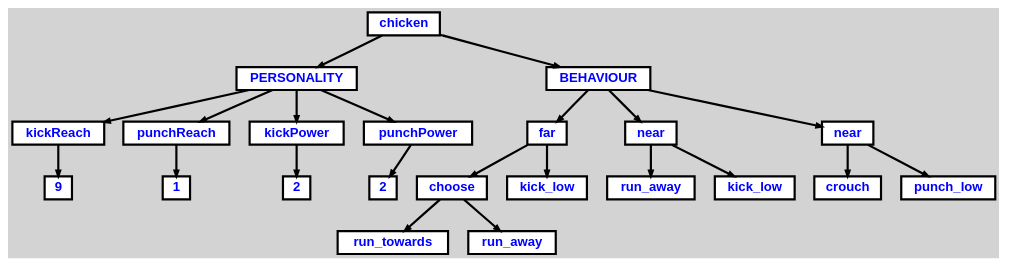
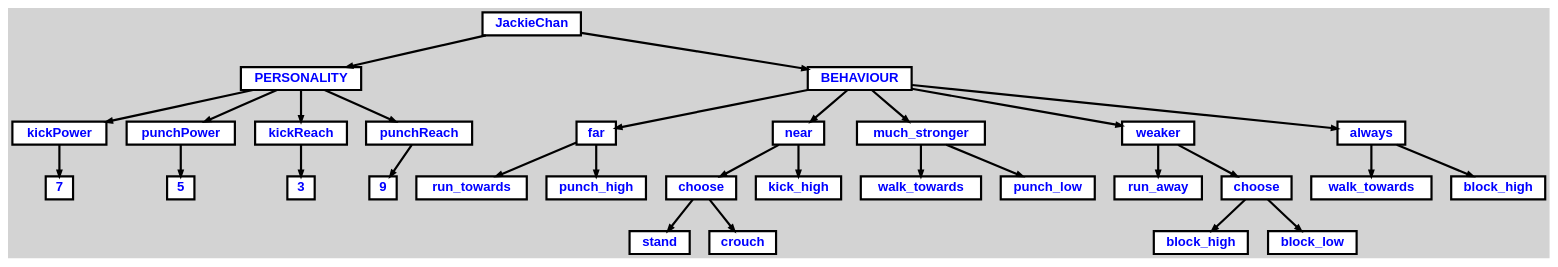
Before and after one commit to tvdstorm/sea-of-saf: the diagram in mrjorrit/output/AST.dot, drawn with Graphviz. The commit also changed 6 other files, not shown here.

```diff
--- a/mrjorrit/output/AST.dot
+++ b/mrjorrit/output/AST.dot
@@ -1,64 +1,83 @@
 digraph {
 
 	ordering=out;
 	ranksep=.4;
 	bgcolor="lightgrey"; node [shape=box, fixedsize=false, fontsize=12, fontname="Helvetica-bold", fontcolor="blue"
 		width=.25, height=.25, color="black", fillcolor="white", style="filled, solid, bold"];
 	edge [arrowsize=.5, color="black", style="bold"]
 
-  n0 [label="chicken"];
+  n0 [label="JackieChan"];
   n1 [label="PERSONALITY"];
   n1 [label="PERSONALITY"];
-  n2 [label="kickReach"];
-  n2 [label="kickReach"];
-  n3 [label="9"];
-  n4 [label="punchReach"];
-  n4 [label="punchReach"];
-  n5 [label="1"];
-  n6 [label="kickPower"];
-  n6 [label="kickPower"];
-  n7 [label="2"];
-  n8 [label="punchPower"];
-  n8 [label="punchPower"];
-  n9 [label="2"];
+  n2 [label="kickPower"];
+  n2 [label="kickPower"];
+  n3 [label="7"];
+  n4 [label="punchPower"];
+  n4 [label="punchPower"];
+  n5 [label="5"];
+  n6 [label="kickReach"];
+  n6 [label="kickReach"];
+  n7 [label="3"];
+  n8 [label="punchReach"];
+  n8 [label="punchReach"];
+  n9 [label="9"];
   n10 [label="BEHAVIOUR"];
   n10 [label="BEHAVIOUR"];
   n11 [label="far"];
   n11 [label="far"];
-  n12 [label="choose"];
-  n12 [label="choose"];
-  n13 [label="run_towards"];
-  n14 [label="run_away"];
-  n15 [label="kick_low"];
-  n16 [label="near"];
-  n16 [label="near"];
-  n17 [label="run_away"];
-  n18 [label="kick_low"];
-  n19 [label="near"];
-  n19 [label="near"];
-  n20 [label="crouch"];
+  n12 [label="run_towards"];
+  n13 [label="punch_high"];
+  n14 [label="near"];
+  n14 [label="near"];
+  n15 [label="choose"];
+  n15 [label="choose"];
+  n16 [label="stand"];
+  n17 [label="crouch"];
+  n18 [label="kick_high"];
+  n19 [label="much_stronger"];
+  n19 [label="much_stronger"];
+  n20 [label="walk_towards"];
   n21 [label="punch_low"];
+  n22 [label="weaker"];
+  n22 [label="weaker"];
+  n23 [label="run_away"];
+  n24 [label="choose"];
+  n24 [label="choose"];
+  n25 [label="block_high"];
+  n26 [label="block_low"];
+  n27 [label="always"];
+  n27 [label="always"];
+  n28 [label="walk_towards"];
+  n29 [label="block_high"];
 
-  n0 -> n1 // "chicken" -> "PERSONALITY"
-  n1 -> n2 // "PERSONALITY" -> "kickReach"
-  n2 -> n3 // "kickReach" -> "9"
-  n1 -> n4 // "PERSONALITY" -> "punchReach"
-  n4 -> n5 // "punchReach" -> "1"
-  n1 -> n6 // "PERSONALITY" -> "kickPower"
-  n6 -> n7 // "kickPower" -> "2"
-  n1 -> n8 // "PERSONALITY" -> "punchPower"
-  n8 -> n9 // "punchPower" -> "2"
-  n0 -> n10 // "chicken" -> "BEHAVIOUR"
+  n0 -> n1 // "JackieChan" -> "PERSONALITY"
+  n1 -> n2 // "PERSONALITY" -> "kickPower"
+  n2 -> n3 // "kickPower" -> "7"
+  n1 -> n4 // "PERSONALITY" -> "punchPower"
+  n4 -> n5 // "punchPower" -> "5"
+  n1 -> n6 // "PERSONALITY" -> "kickReach"
+  n6 -> n7 // "kickReach" -> "3"
+  n1 -> n8 // "PERSONALITY" -> "punchReach"
+  n8 -> n9 // "punchReach" -> "9"
+  n0 -> n10 // "JackieChan" -> "BEHAVIOUR"
   n10 -> n11 // "BEHAVIOUR" -> "far"
-  n11 -> n12 // "far" -> "choose"
-  n12 -> n13 // "choose" -> "run_towards"
-  n12 -> n14 // "choose" -> "run_away"
-  n11 -> n15 // "far" -> "kick_low"
-  n10 -> n16 // "BEHAVIOUR" -> "near"
-  n16 -> n17 // "near" -> "run_away"
-  n16 -> n18 // "near" -> "kick_low"
-  n10 -> n19 // "BEHAVIOUR" -> "near"
-  n19 -> n20 // "near" -> "crouch"
-  n19 -> n21 // "near" -> "punch_low"
+  n11 -> n12 // "far" -> "run_towards"
+  n11 -> n13 // "far" -> "punch_high"
+  n10 -> n14 // "BEHAVIOUR" -> "near"
+  n14 -> n15 // "near" -> "choose"
+  n15 -> n16 // "choose" -> "stand"
+  n15 -> n17 // "choose" -> "crouch"
+  n14 -> n18 // "near" -> "kick_high"
+  n10 -> n19 // "BEHAVIOUR" -> "much_stronger"
+  n19 -> n20 // "much_stronger" -> "walk_towards"
+  n19 -> n21 // "much_stronger" -> "punch_low"
+  n10 -> n22 // "BEHAVIOUR" -> "weaker"
+  n22 -> n23 // "weaker" -> "run_away"
+  n22 -> n24 // "weaker" -> "choose"
+  n24 -> n25 // "choose" -> "block_high"
+  n24 -> n26 // "choose" -> "block_low"
+  n10 -> n27 // "BEHAVIOUR" -> "always"
+  n27 -> n28 // "always" -> "walk_towards"
+  n27 -> n29 // "always" -> "block_high"
 
 }
```
